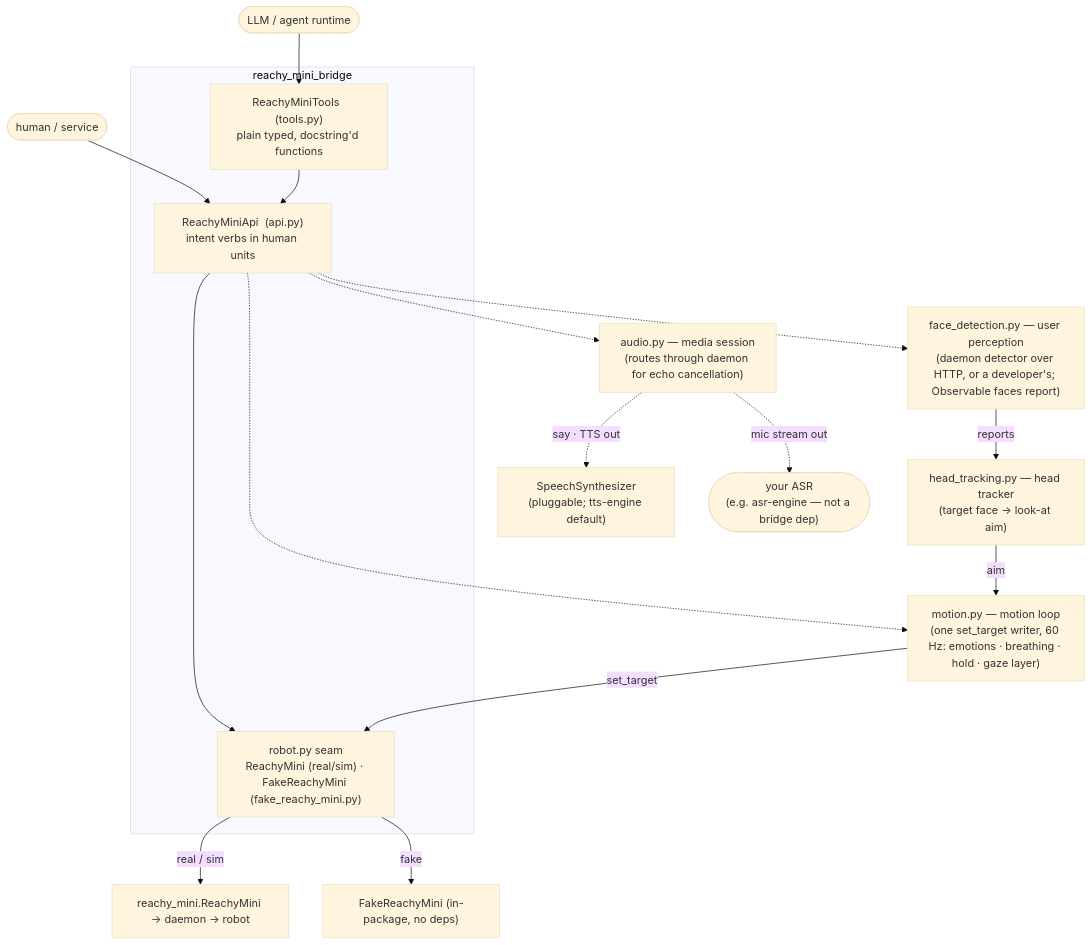
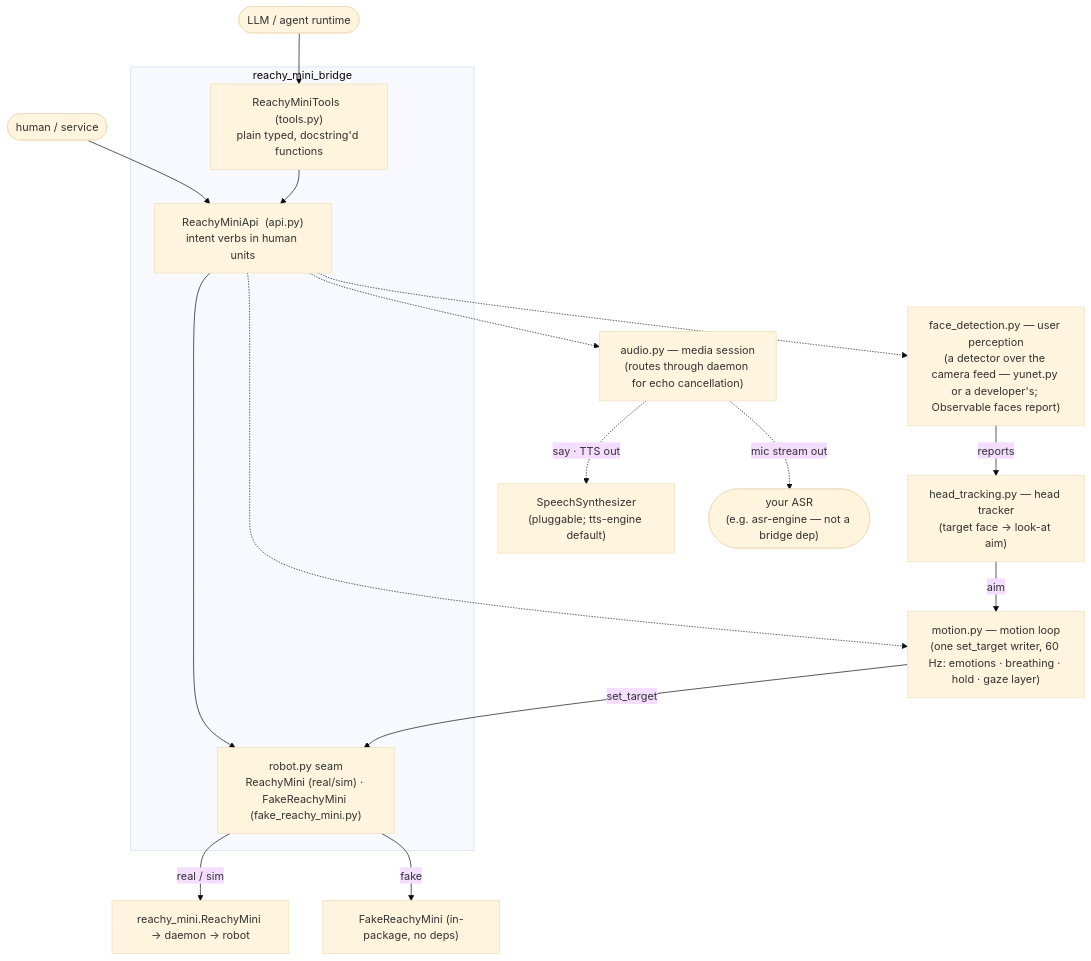
One commit to funwithagents/reachy-mini-bridge changed the diagram in specs/_overview.md. Above: the diagram before and after it, drawn with Mermaid (base theme). The commit also changed other lines of this file and 42 other files, not shown here.

````diff
--- a/specs/_overview.md
+++ b/specs/_overview.md
@@ -13,21 +13,21 @@
 ```mermaid
 flowchart TD
     agent([LLM / agent runtime]) --> tools
     caller([human / service]) --> api
     subgraph bridge["reachy_mini_bridge"]
         tools["ReachyMiniTools  (tools.py)<br/>plain typed, docstring'd functions"]
         api["ReachyMiniApi  (api.py)<br/>intent verbs in human units"]
         client["robot.py seam<br/>ReachyMini (real/sim) · FakeReachyMini (fake_reachy_mini.py)"]
         tools --> api --> client
     end
     client -->|real / sim| upstream["reachy_mini.ReachyMini → daemon → robot"]
     client -->|fake| fake["FakeReachyMini (in-package, no deps)"]
     api -.-> audio["audio.py — media session<br/>(routes through daemon for echo cancellation)"]
     api -.-> motion["motion.py — motion loop<br/>(one set_target writer, 60 Hz: emotions · breathing · hold · gaze layer)"]
-    api -.-> faces["face_detection.py — user perception<br/>(daemon detector over HTTP, or a developer's; Observable faces report)"]
+    api -.-> faces["face_detection.py — user perception<br/>(a detector over the camera feed — yunet.py or a developer's; Observable faces report)"]
     faces -->|reports| tracker["head_tracking.py — head tracker<br/>(target face → look-at aim)"]
     tracker -->|aim| motion
     motion -->|set_target| client
     audio -.->|say · TTS out| synth["SpeechSynthesizer<br/>(pluggable; tts-engine default)"]
     audio -.->|mic stream out| yourasr(["your ASR<br/>(e.g. asr-engine — not a bridge dep)"])
 ```
````
